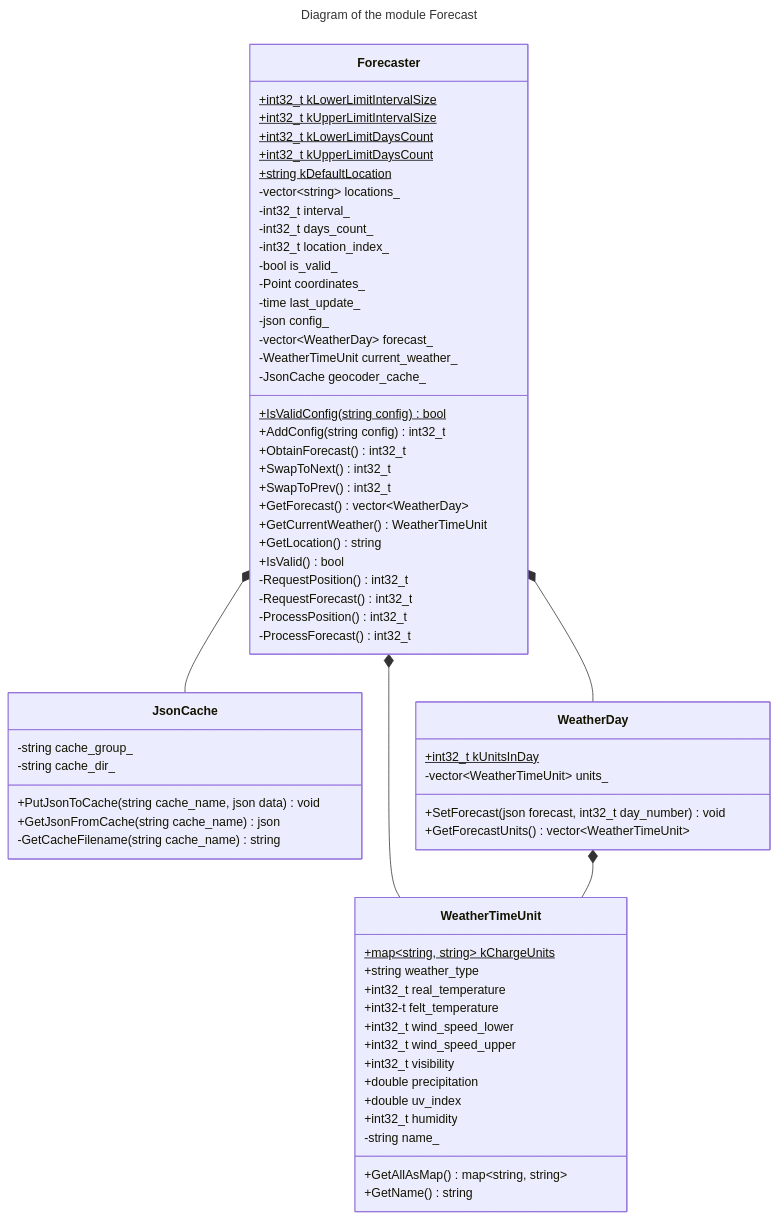
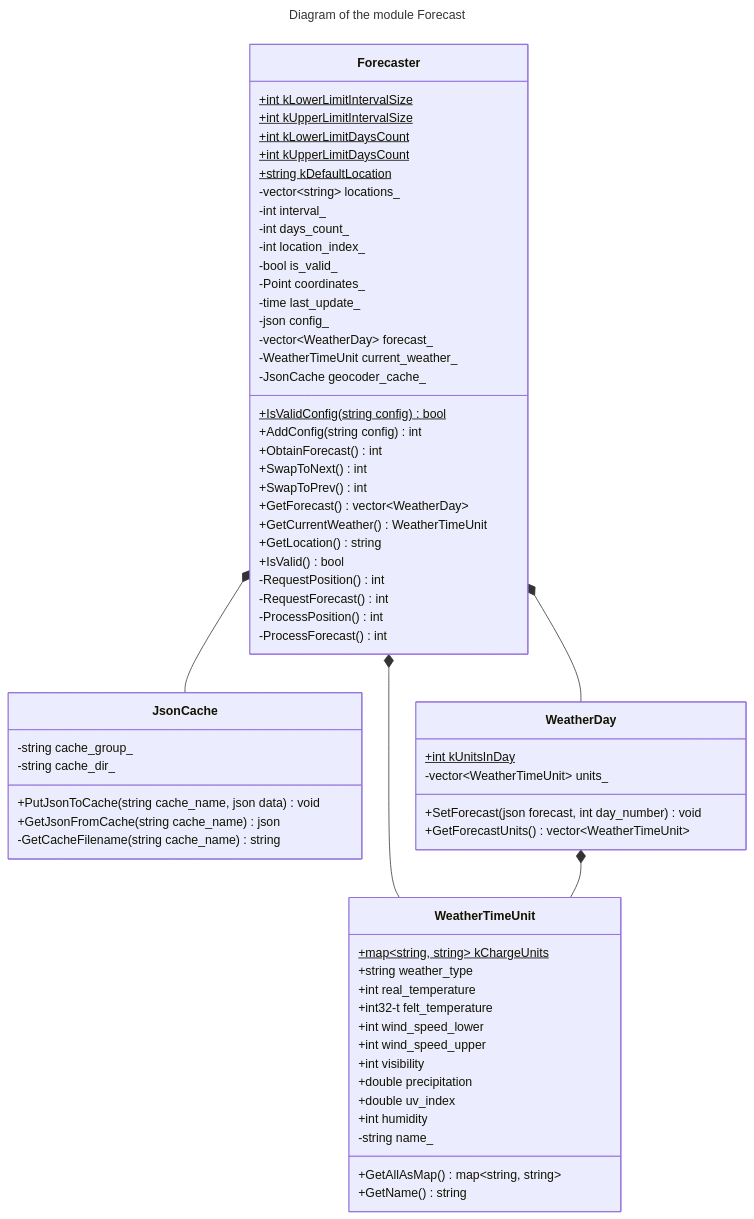
The third of 4 diagrams in docs/dev/architecture.md (bialger/weather-forecast), drawn with Mermaid before and after one commit. The commit also changed other lines of this file, not shown here.

Commit message:
Updated architecture: added UI system

````diff
--- a/docs/dev/architecture.md
+++ b/docs/dev/architecture.md
@@ -56,76 +99,76 @@
 ```mermaid
 ---
 title: Diagram of the module Forecast
 ---
 %%{
   init: {
     'theme': 'base',
     'classDiagram': { 'curve': 'linaer' },
   }
 }%%
 classDiagram
   direction TB
   class Forecaster {
-    +int32_t kLowerLimitIntervalSize$
-    +int32_t kUpperLimitIntervalSize$
-    +int32_t kLowerLimitDaysCount$
-    +int32_t kUpperLimitDaysCount$
+    +int kLowerLimitIntervalSize$
+    +int kUpperLimitIntervalSize$
+    +int kLowerLimitDaysCount$
+    +int kUpperLimitDaysCount$
     +string kDefaultLocation$
     -vector~string~ locations_
-    -int32_t interval_
-    -int32_t days_count_
-    -int32_t location_index_
+    -int interval_
+    -int days_count_
+    -int location_index_
     -bool is_valid_
     -Point coordinates_
     -time last_update_
     -json config_
     -vector~WeatherDay~ forecast_
     -WeatherTimeUnit current_weather_
     -JsonCache geocoder_cache_
     +IsValidConfig(string config)$ bool
-    +AddConfig(string config) int32_t
-    +ObtainForecast() int32_t
-    +SwapToNext() int32_t
-    +SwapToPrev() int32_t
+    +AddConfig(string config) int
+    +ObtainForecast() int
+    +SwapToNext() int
+    +SwapToPrev() int
     +GetForecast() vector~WeatherDay~
     +GetCurrentWeather() WeatherTimeUnit
     +GetLocation() string
     +IsValid() bool
-    -RequestPosition() int32_t
-    -RequestForecast() int32_t
-    -ProcessPosition() int32_t
-    -ProcessForecast() int32_t
+    -RequestPosition() int
+    -RequestForecast() int
+    -ProcessPosition() int
+    -ProcessForecast() int
   }
   class JsonCache {
     -string cache_group_
     -string cache_dir_
     +PutJsonToCache(string cache_name, json data) void
     +GetJsonFromCache(string cache_name) json
     -GetCacheFilename(string cache_name) string
   }
   class WeatherDay {
-    +int32_t kUnitsInDay$
+    +int kUnitsInDay$
     -vector~WeatherTimeUnit~ units_
-    +SetForecast(json forecast, int32_t day_number) void
+    +SetForecast(json forecast, int day_number) void
     +GetForecastUnits() vector~WeatherTimeUnit~
   }
   class WeatherTimeUnit {
     +map~string, string~ kChargeUnits$
     +string weather_type
-    +int32_t real_temperature
+    +int real_temperature
     +int32-t felt_temperature
-    +int32_t wind_speed_lower
-    +int32_t wind_speed_upper
-    +int32_t visibility
+    +int wind_speed_lower
+    +int wind_speed_upper
+    +int visibility
     +double precipitation
     +double uv_index
-    +int32_t humidity
+    +int humidity
     -string name_
     +GetAllAsMap() map~string, string~
     +GetName() string
   }
   Forecaster *-- WeatherDay
   Forecaster *-- WeatherTimeUnit
   Forecaster *-- JsonCache
   WeatherDay *-- WeatherTimeUnit
 ```
````
